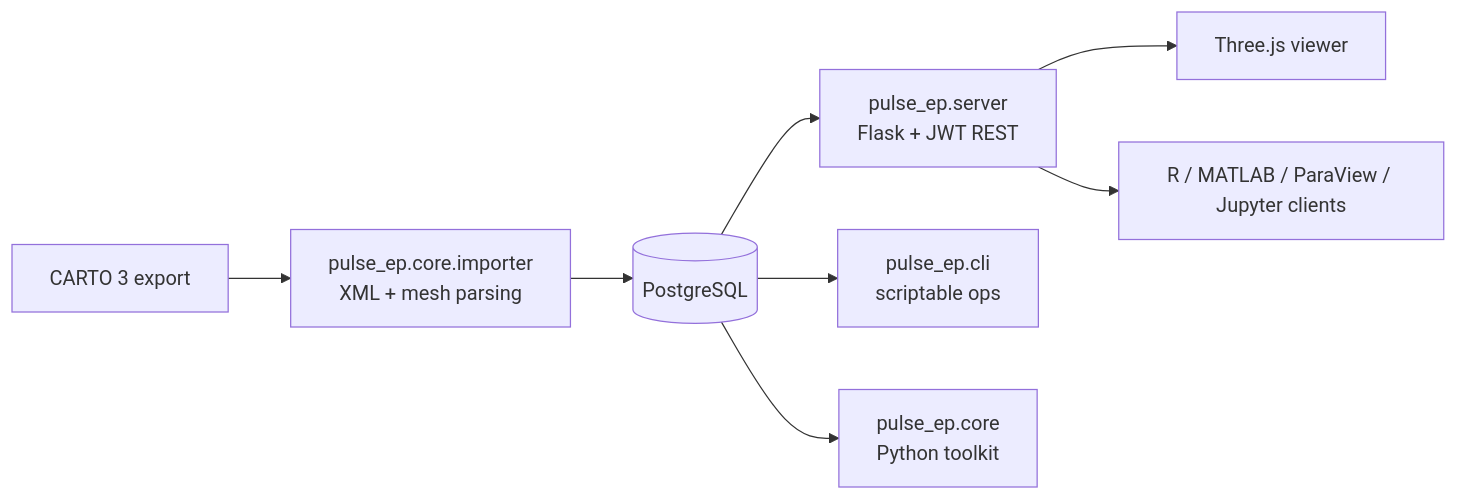
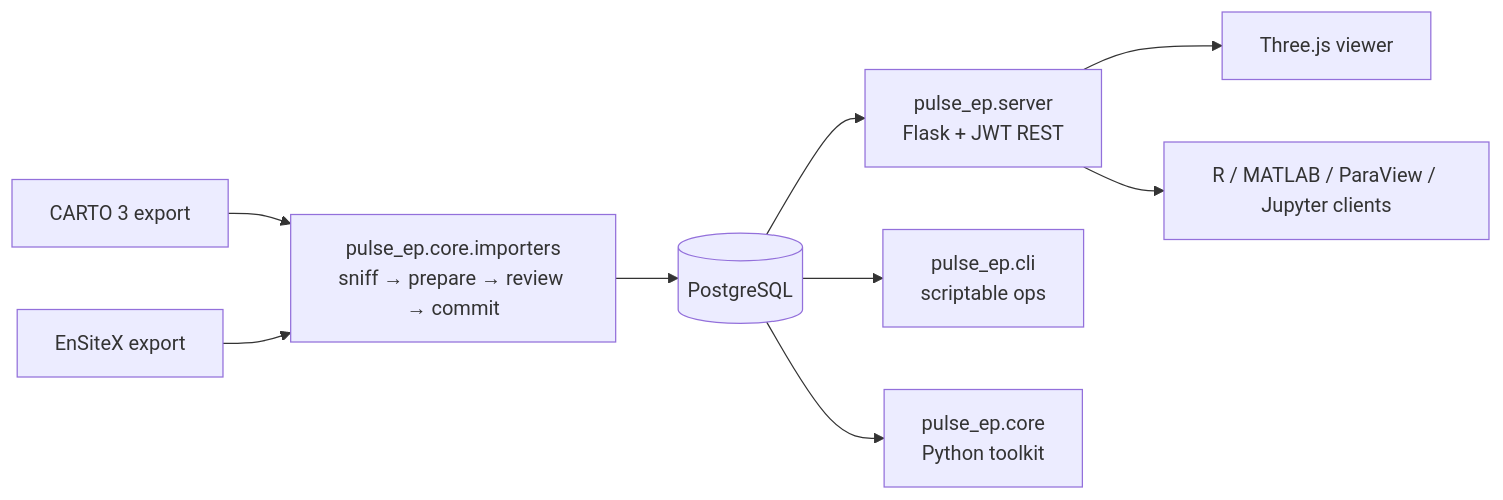
One commit to swillert/pulse-ep changed the diagram in docs/index.md. Above: the diagram before and after it, drawn with Mermaid. The commit also changed other lines of this file and 43 other files, not shown here.

First line of the commit message:
Release 0.2.0: multivendor vocabulary, CARTO parity, EnSiteX fixes

````diff
--- a/docs/index.md
+++ b/docs/index.md
@@ -69,10 +76,11 @@
 ```mermaid
 flowchart LR
-    A[CARTO 3 export] --> B[pulse_ep.core.importer<br/>XML + mesh parsing]
-    B --> C[(PostgreSQL)]
+    A1[CARTO 3 export] --> B
+    A2[EnSiteX export] --> B
+    B[pulse_ep.core.importers<br/>sniff → prepare → review → commit] --> C[(PostgreSQL)]
     C --> D[pulse_ep.server<br/>Flask + JWT REST]
     C --> E[pulse_ep.cli<br/>scriptable ops]
     C --> F[pulse_ep.core<br/>Python toolkit]
     D --> G[Three.js viewer]
     D --> H[R / MATLAB / ParaView / Jupyter clients]
 ```
````
